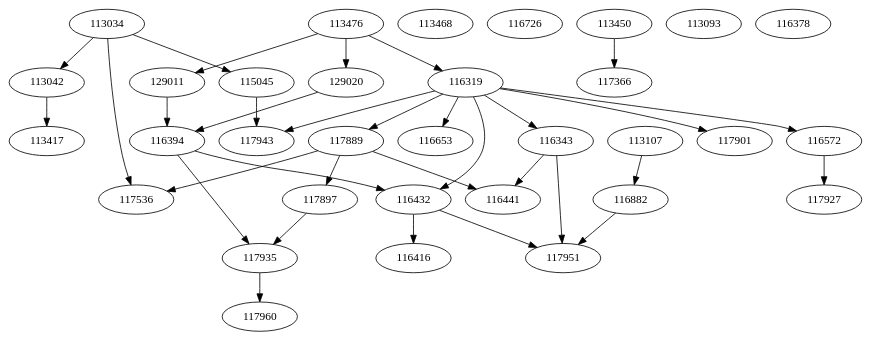
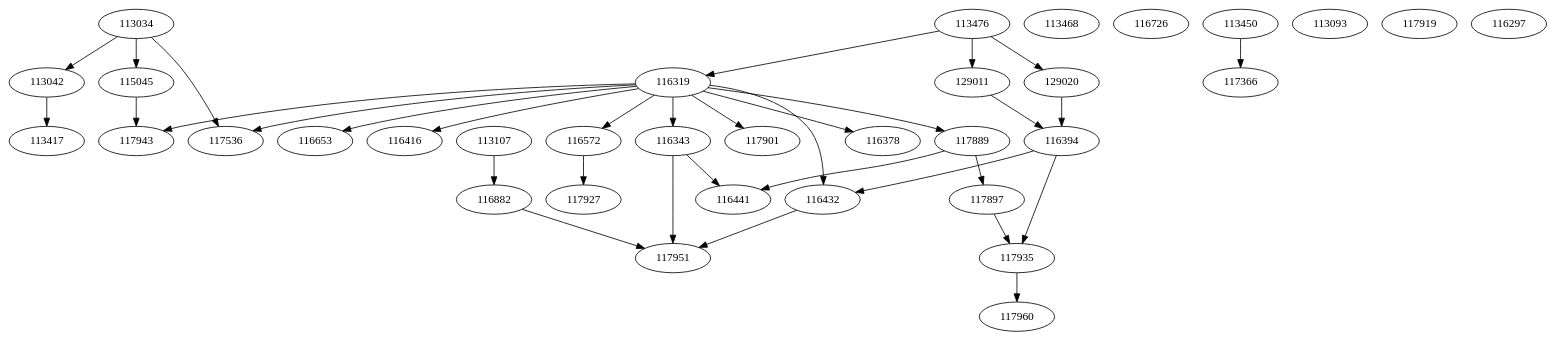
One commit to alexandrekaihara/Trabalho-1-TAG changed the diagram in Trabalho 2 TAG/Version 1/grafo.gv. Above: the diagram before and after it, drawn with Graphviz. The commit also changed 15 other files, not shown here.

```diff
--- a/Trabalho 2 TAG/Version 1/grafo.gv
+++ b/Trabalho 2 TAG/Version 1/grafo.gv
@@ -1,38 +1,40 @@
 digraph G {
 113034 -> 113042;
 113034 -> 115045;
 113034 -> 117536;
 113468;
 113476 -> 129011;
 113476 -> 129020;
 113476 -> 116319;
 116726;
 113450 -> 117366;
 129011 -> 116394;
 129020 -> 116394;
 113042 -> 113417;
 113093;
 116319 -> 117889;
 116319 -> 117901;
 116319 -> 116572;
 116319 -> 116343;
+116319 -> 116378;
 116319 -> 116653;
 116319 -> 116432;
+116319 -> 116416;
 116319 -> 117943;
+116319 -> 117536;
 116394 -> 117935;
 116394 -> 116432;
 117889 -> 117897;
 117889 -> 116441;
-117889 -> 117536;
 113107 -> 116882;
 115045 -> 117943;
 117897 -> 117935;
 116572 -> 117927;
 116343 -> 116441;
 116343 -> 117951;
 117935 -> 117960;
-116378;
-116432 -> 116416;
 116432 -> 117951;
 116882 -> 117951;
+117919;
+116297;
 }
```
